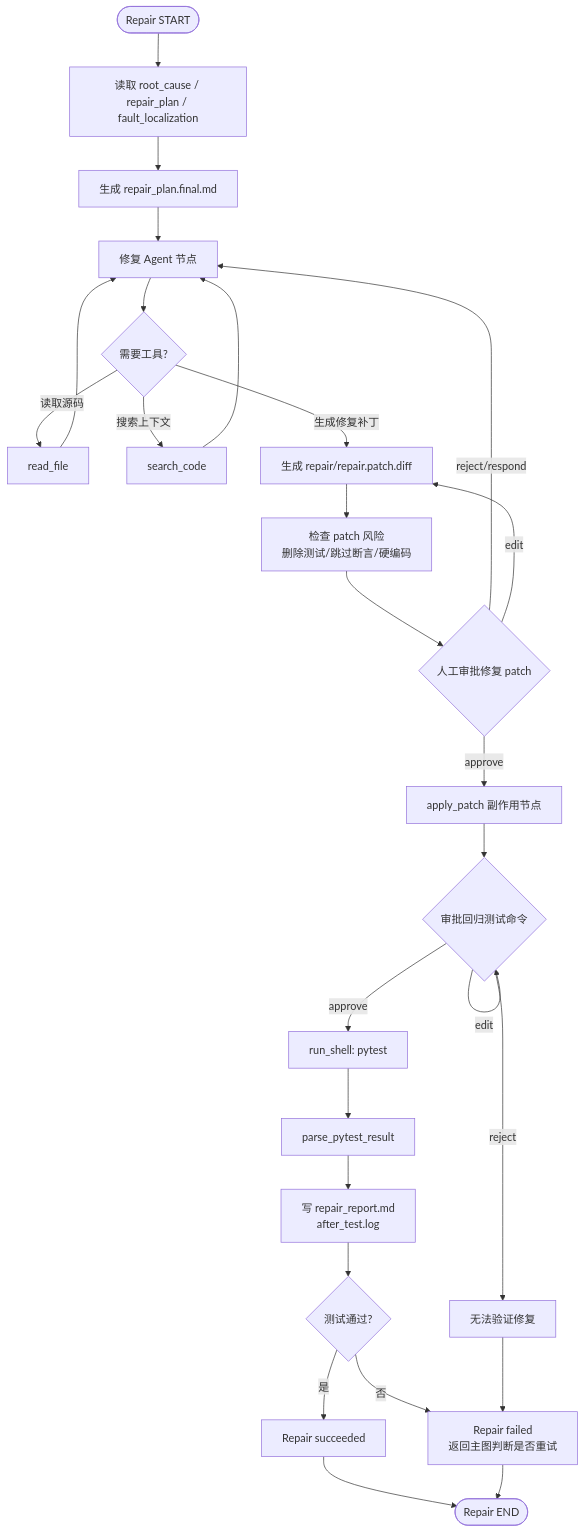
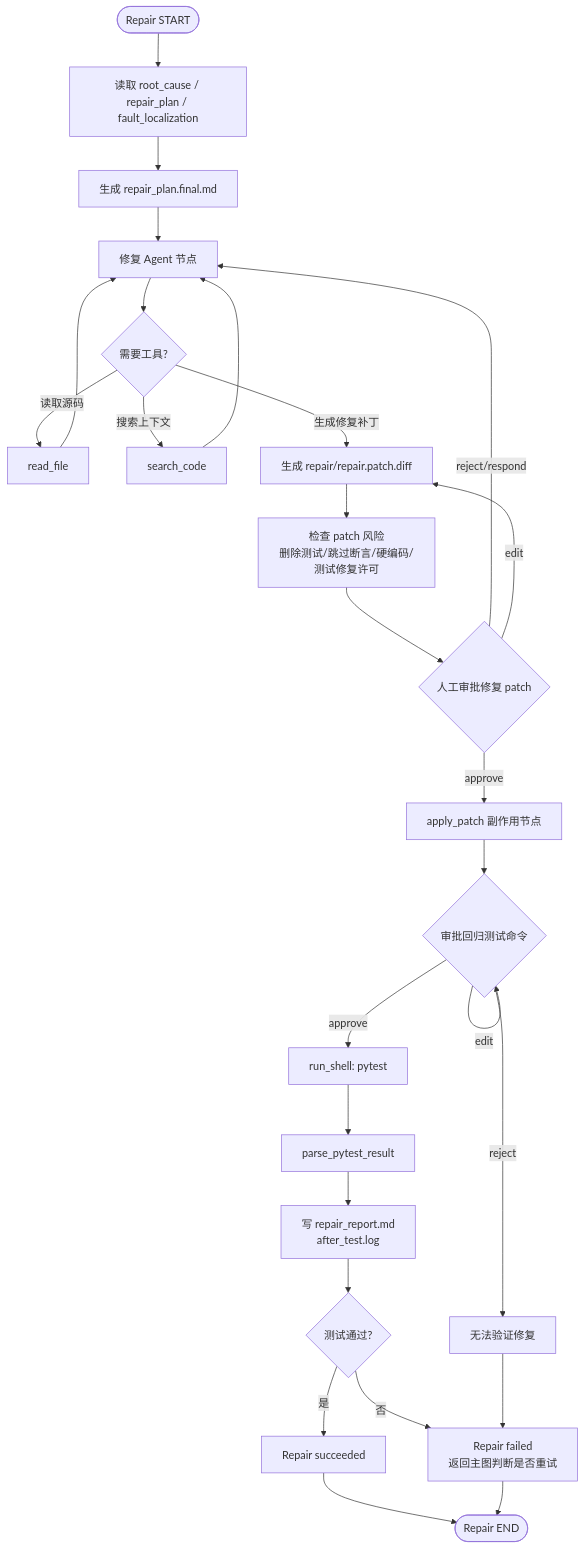
One commit to JerryChen-USTB/CodeAgent changed the fifth of 7 diagrams in docs/design/04_LangGraph工作流设计.md. Above: the diagram before and after it, drawn with Mermaid. The commit also changed other lines of this file and 75 other files, not shown here.

````diff
--- a/docs/design/04_LangGraph工作流设计.md
+++ b/docs/design/04_LangGraph工作流设计.md
@@ -233,32 +239,32 @@
 ```mermaid
 flowchart TD
   R_START([Repair START]) --> R_Load[读取 root_cause / repair_plan / fault_localization]
   R_Load --> R_Plan[生成 repair_plan.final.md]
   R_Plan --> R_Repairer[修复 Agent 节点]
 
   R_Repairer --> R_NeedTool{需要工具?}
   R_NeedTool -- 读取源码 --> R_Read[read_file]
   R_NeedTool -- 搜索上下文 --> R_Search[search_code]
   R_Read --> R_Repairer
   R_Search --> R_Repairer
 
   R_NeedTool -- 生成修复补丁 --> R_Patch[生成 repair/repair.patch.diff]
-  R_Patch --> R_Risk[检查 patch 风险\n删除测试/跳过断言/硬编码]
+  R_Patch --> R_Risk[检查 patch 风险\n删除测试/跳过断言/硬编码/测试修复许可]
   R_Risk --> R_Approval{人工审批修复 patch}
   R_Approval -- reject/respond --> R_Repairer
   R_Approval -- edit --> R_Patch
   R_Approval -- approve --> R_Apply[apply_patch 副作用节点]
 
   R_Apply --> R_CmdApproval{审批回归测试命令}
   R_CmdApproval -- edit --> R_CmdApproval
   R_CmdApproval -- reject --> R_NoVerify[无法验证修复]
   R_CmdApproval -- approve --> R_Run[run_shell: pytest]
   R_Run --> R_Parse[parse_pytest_result]
   R_Parse --> R_Report[写 repair_report.md\nafter_test.log]
   R_Report --> R_Verify{测试通过?}
   R_Verify -- 是 --> R_PASS[Repair succeeded]
   R_Verify -- 否 --> R_FAIL[Repair failed\n返回主图判断是否重试]
   R_NoVerify --> R_FAIL
   R_PASS --> R_END([Repair END])
   R_FAIL --> R_END
 ```
````
